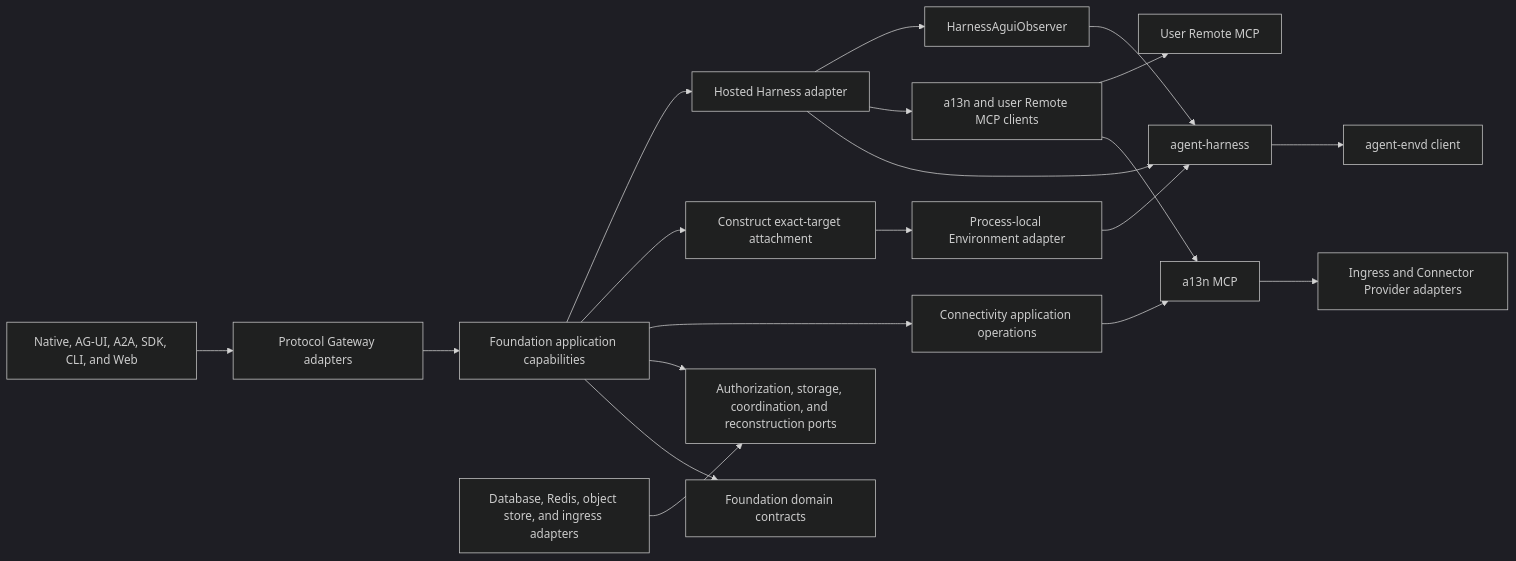
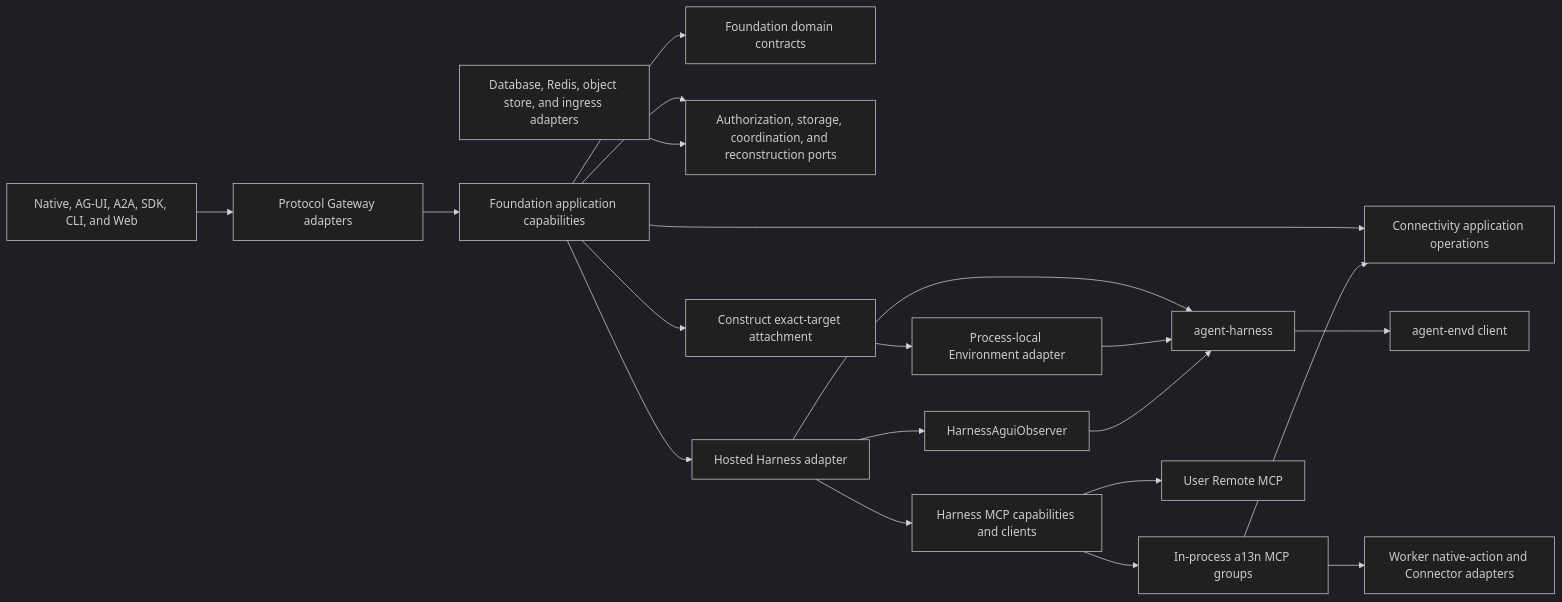
One commit to LTThreeComma/agent-foundation changed the fifth of 5 diagrams in spec/foundation-service/00-overview.md. Above: the diagram before and after it, drawn with Mermaid (dark theme). The commit also changed other lines of this file and 125 other files, not shown here.

First line of the commit message:
feat(connectivity): compose external tools in process (#167)

````diff
--- a/spec/foundation-service/00-overview.md
+++ b/spec/foundation-service/00-overview.md
@@ -286,22 +287,22 @@
 ```mermaid
 flowchart LR
     Surfaces[Native, AG-UI, A2A, SDK, CLI, and Web] --> Gateway[Protocol Gateway adapters]
     Gateway --> Applications[Foundation application capabilities]
     Applications --> Domain[Foundation domain contracts]
     Applications --> Ports[Authorization, storage, coordination, and reconstruction ports]
     Adapters[Database, Redis, object store, and ingress adapters] --> Ports
     Applications --> Connectivity[Connectivity application operations]
     Applications --> EnvProvider[Construct exact-target attachment]
     Applications --> HostedHarness[Hosted Harness adapter]
     HostedHarness --> Harness[agent-harness]
-    HostedHarness --> MCPClients[a13n and user Remote MCP clients]
-    MCPClients --> A13nMCP[a13n MCP]
+    HostedHarness --> MCPClients[Harness MCP capabilities and clients]
+    MCPClients --> A13nMCP[In-process a13n MCP groups]
     MCPClients --> UserMCP[User Remote MCP]
-    Connectivity --> A13nMCP
-    A13nMCP --> ConnectivityAdapters[Ingress and Connector Provider adapters]
+    A13nMCP --> Connectivity
+    A13nMCP --> ConnectivityAdapters[Worker native-action and Connector adapters]
     EnvProvider --> EnvironmentAdapter[Process-local Environment adapter]
     EnvironmentAdapter --> Harness
     HostedHarness --> Observer[HarnessAguiObserver]
     Observer --> Harness
     Harness --> EnvdClient[agent-envd client]
 ```
````
